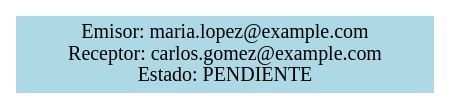
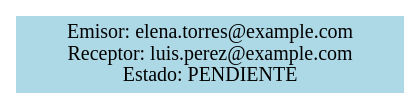
One commit to AbdielOtzoy/-EDD-Proyecto_202300350 changed the diagram in fase1/solicitudes_enviadas.dot. Above: the diagram before and after it, drawn with Graphviz. The commit also changed 109 other files, not shown here.

```diff
--- a/fase1/solicitudes_enviadas.dot
+++ b/fase1/solicitudes_enviadas.dot
@@ -1,5 +1,5 @@
 digraph G {
   rankdir=LR;
   node [shape=box, style=filled, color=lightblue];
-  node0 [label="Emisor: maria.lopez@example.com\nReceptor: carlos.gomez@example.com\nEstado: PENDIENTE"];
+  node0 [label="Emisor: elena.torres@example.com\nReceptor: luis.perez@example.com\nEstado: PENDIENTE"];
 }
```
